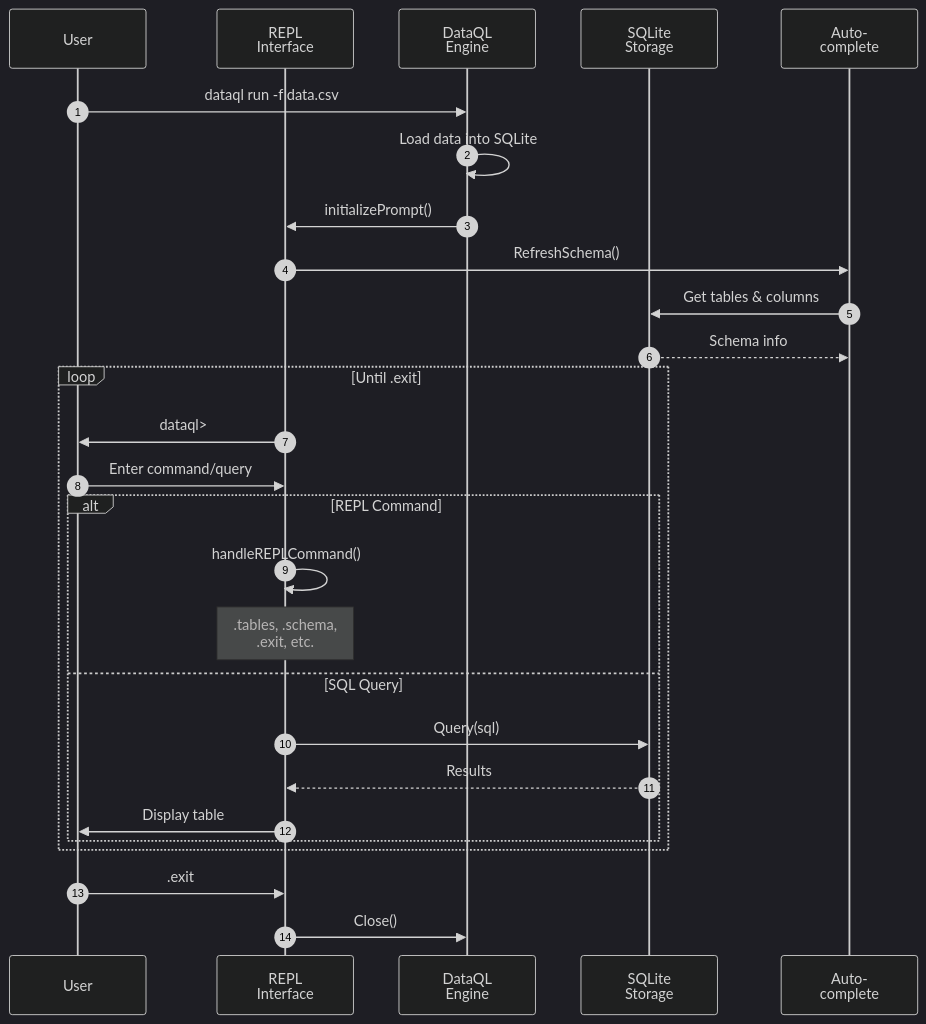
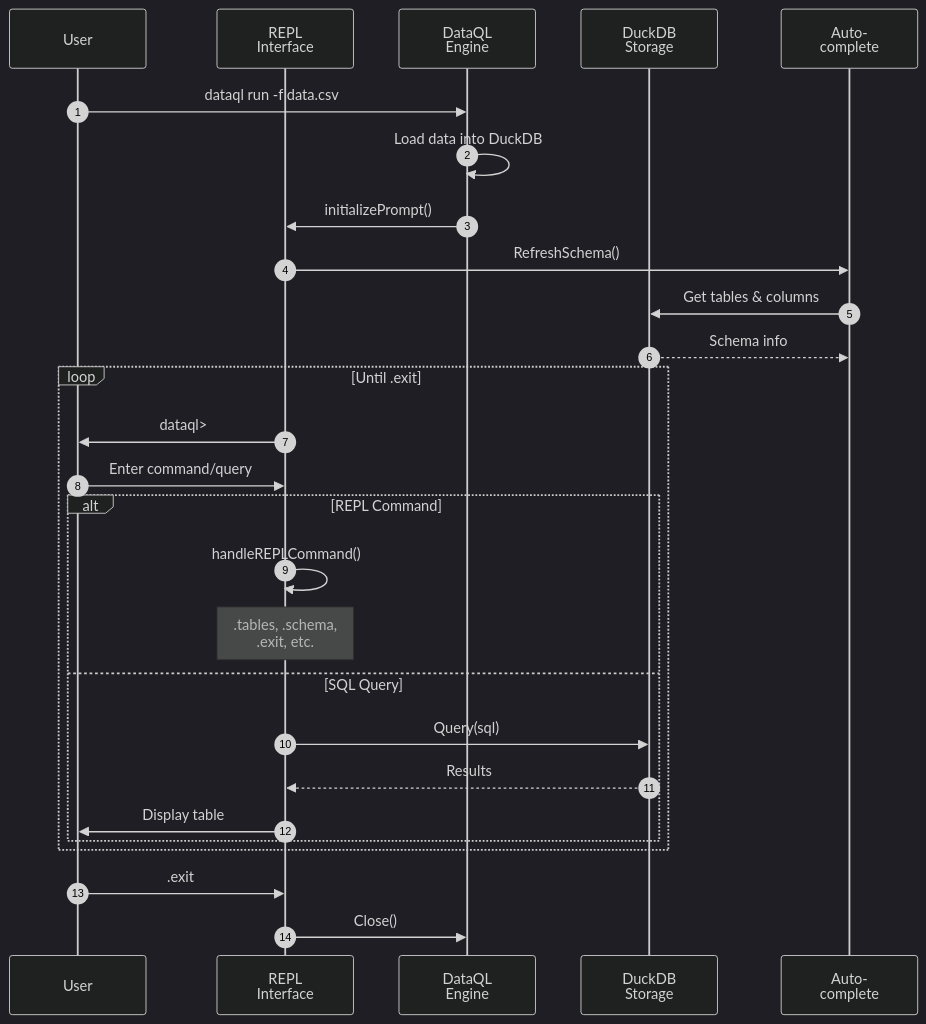
The fifth of 6 diagrams in docs/architecture.md (adrianolaselva/dataql), drawn with Mermaid (dark theme) before and after one commit. The commit also changed other lines of this file and 32 other files, not shown here.

First line of the commit message:
feat: migrate storage engine from SQLite to DuckDB

````diff
--- a/docs/architecture.md
+++ b/docs/architecture.md
@@ -311,34 +311,34 @@
 ```mermaid
 sequenceDiagram
     autonumber
     participant User
     participant REPL as REPL<br/>Interface
     participant Engine as DataQL<br/>Engine
-    participant Storage as SQLite<br/>Storage
+    participant Storage as DuckDB<br/>Storage
     participant Auto as Auto-<br/>complete
 
     User->>Engine: dataql run -f data.csv
-    Engine->>Engine: Load data into SQLite
+    Engine->>Engine: Load data into DuckDB
     Engine->>REPL: initializePrompt()
 
     REPL->>Auto: RefreshSchema()
     Auto->>Storage: Get tables & columns
     Storage-->>Auto: Schema info
 
     loop Until .exit
         REPL->>User: dataql>
         User->>REPL: Enter command/query
 
         alt REPL Command
             REPL->>REPL: handleREPLCommand()
             Note over REPL: .tables, .schema,<br/>.exit, etc.
         else SQL Query
             REPL->>Storage: Query(sql)
             Storage-->>REPL: Results
             REPL->>User: Display table
         end
     end
 
     User->>REPL: .exit
     REPL->>Engine: Close()
 ```
````
